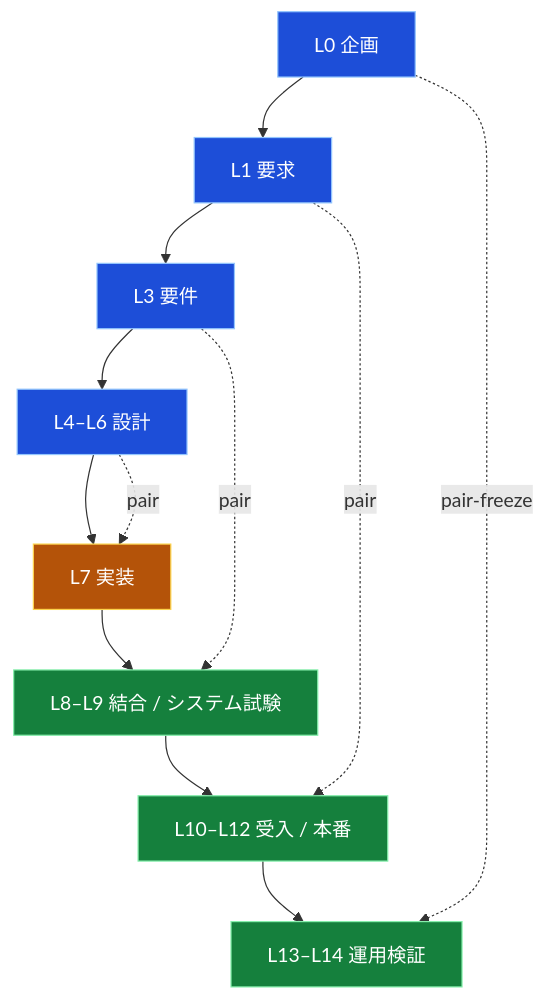
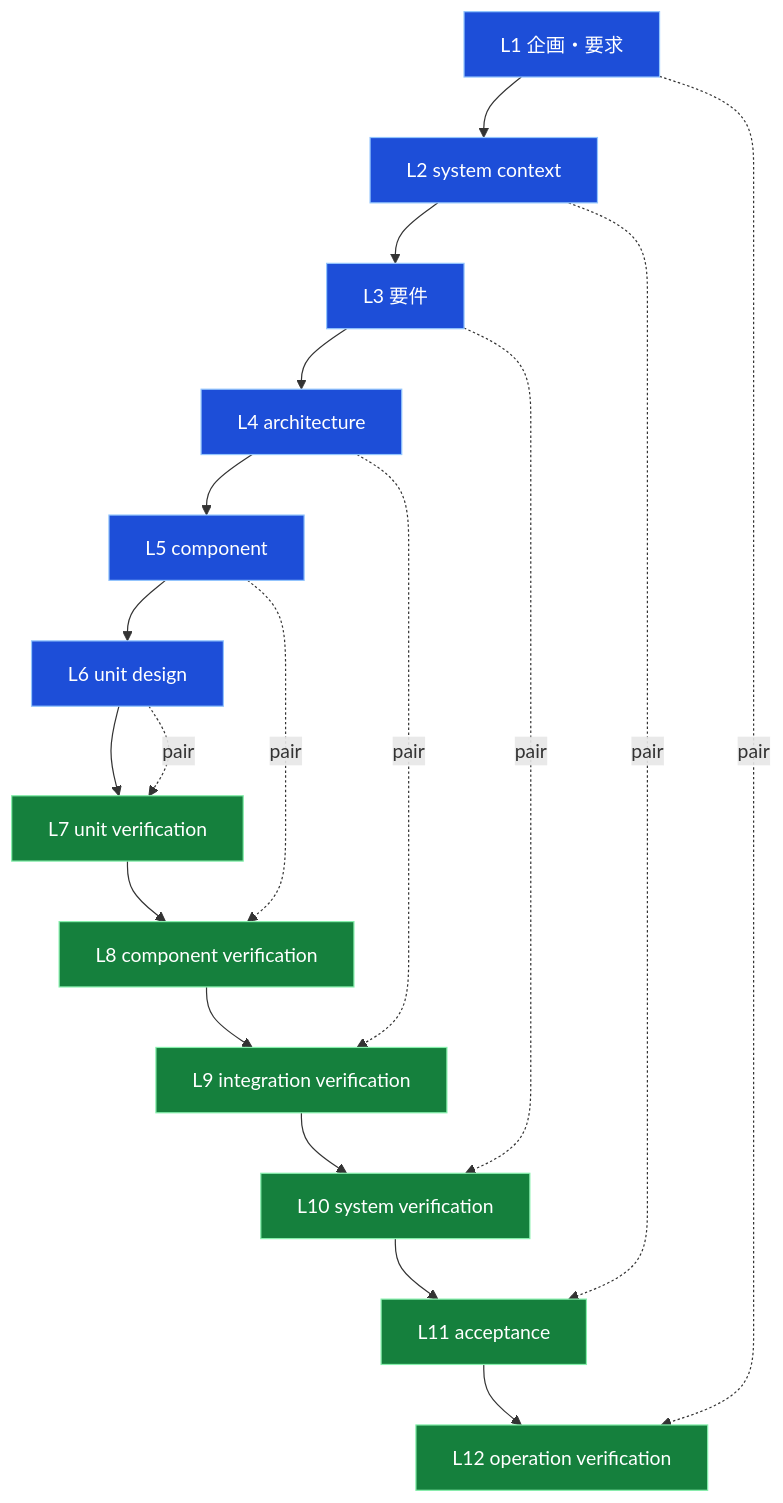
One commit to RetryYN/HELIX-HARNESS changed the third of 4 diagrams in README.md. Above: the diagram before and after it, drawn with Mermaid. The commit also changed other lines of this file and 6 other files, not shown here.

````diff
--- a/README.md
+++ b/README.md
@@ -167,12 +167,14 @@
 ```mermaid
 flowchart TB
-    L0["L0 企画"]:::d --> L1["L1 要求"]:::d --> L3["L3 要件"]:::d --> L46["L4–L6 設計"]:::d --> L7["L7 実装"]:::impl --> L89["L8–L9 結合 / システム試験"]:::t --> L1012["L10–L12 受入 / 本番"]:::t --> L1314["L13–L14 運用検証"]:::t
-    L0 -. pair-freeze .-> L1314
-    L1 -. pair .-> L1012
-    L3 -. pair .-> L89
-    L46 -. pair .-> L7
+    A1["L1 企画・要求"]:::d --> A2["L2 system context"]:::d --> A3["L3 要件"]:::d --> A4["L4 architecture"]:::d --> A5["L5 component"]:::d --> A6["L6 unit design"]:::d --> A7["L7 unit verification"]:::t --> A8["L8 component verification"]:::t --> A9["L9 integration verification"]:::t --> A10["L10 system verification"]:::t --> A11["L11 acceptance"]:::t --> A12["L12 operation verification"]:::t
+    A1 -. pair .-> A12
+    A2 -. pair .-> A11
+    A3 -. pair .-> A10
+    A4 -. pair .-> A9
+    A5 -. pair .-> A8
+    A6 -. pair .-> A7
 
     classDef d fill:#1d4ed8,stroke:#93c5fd,color:#fff;
     classDef t fill:#15803d,stroke:#86efac,color:#fff;
     classDef impl fill:#b45309,stroke:#fcd34d,color:#fff;
 ```
````
